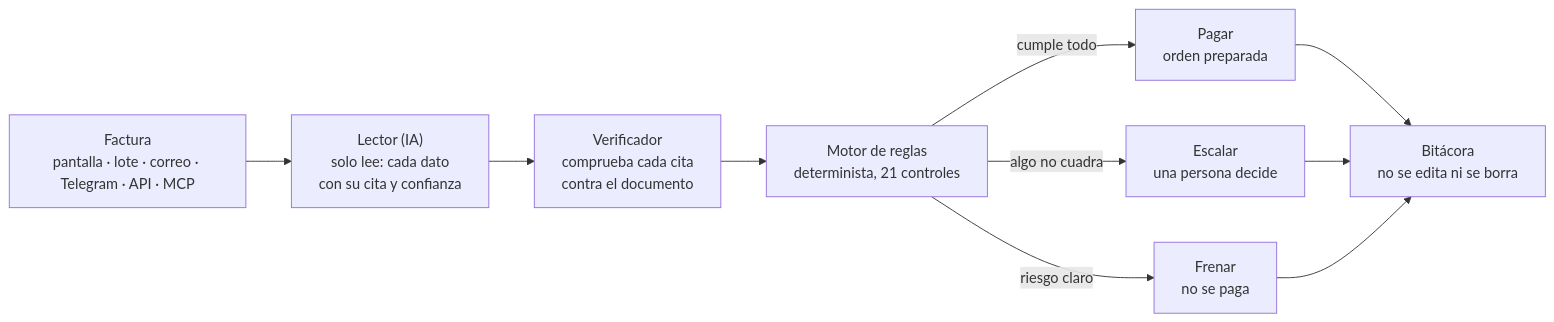
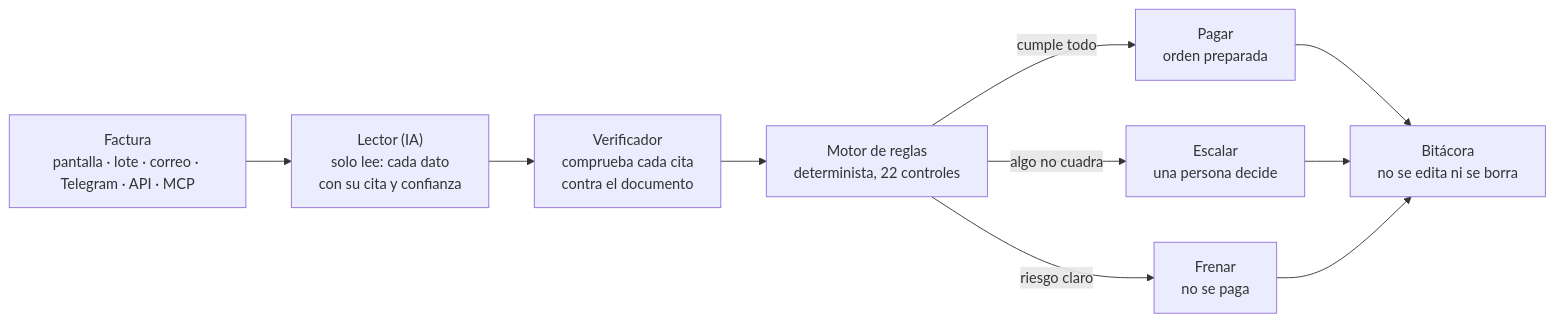
Before and after one commit to diegolealdiaz/yunque: the diagram in README.md, drawn with Mermaid. The commit also changed other lines of this file and 1 other file, not shown here.

First line of the commit message:
docs: marca el costo por factura como aproximado y actualiza a 22 controles

````diff
--- a/README.md
+++ b/README.md
@@ -42,10 +42,10 @@
 ```mermaid
 flowchart LR
     A["Factura<br/>pantalla · lote · correo · Telegram · API · MCP"] --> B["Lector (IA)<br/>solo lee: cada dato<br/>con su cita y confianza"]
     B --> C["Verificador<br/>comprueba cada cita<br/>contra el documento"]
-    C --> D["Motor de reglas<br/>determinista, 21 controles"]
+    C --> D["Motor de reglas<br/>determinista, 22 controles"]
     D -->|cumple todo| P["Pagar<br/>orden preparada"]
     D -->|algo no cuadra| E["Escalar<br/>una persona decide"]
     D -->|riesgo claro| F["Frenar<br/>no se paga"]
     P & E & F --> G["Bitácora<br/>no se edita ni se borra"]
 ```
````
